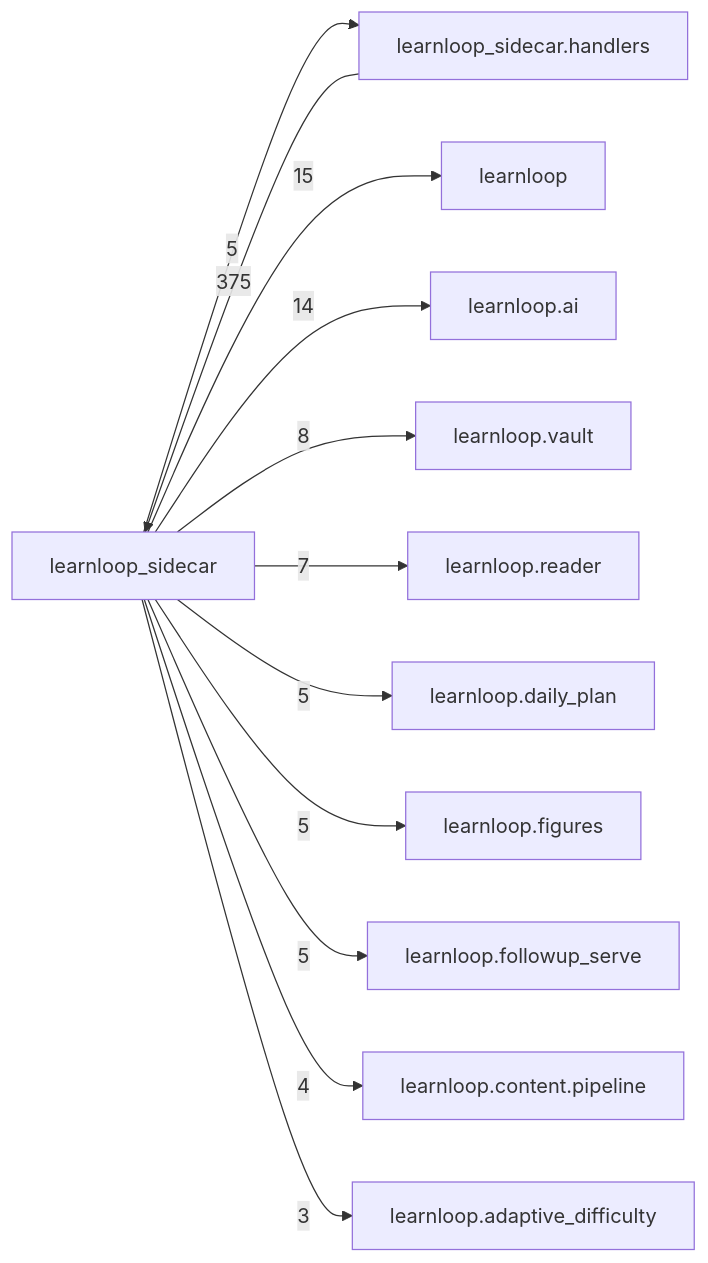
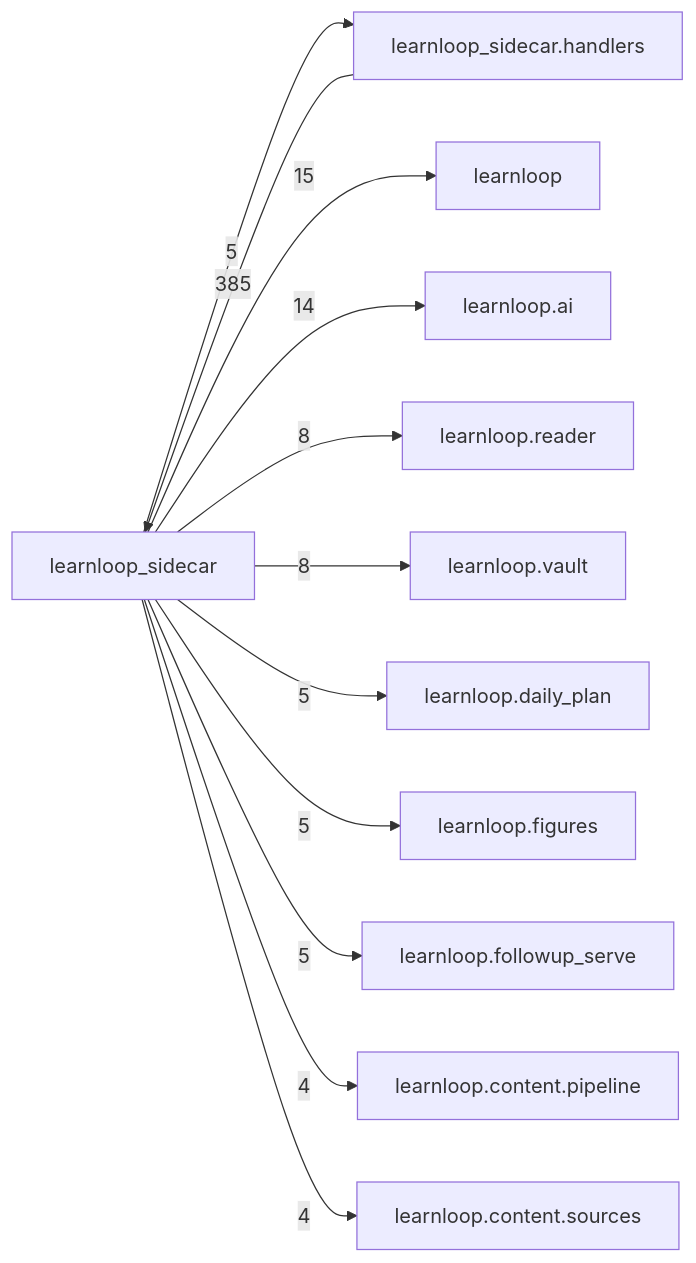
The diagram in docs/learnloop-architecture-vault/Reference/Modules/learnloop_sidecar/_package.md (6up-b/learnanything), drawn with Mermaid before and after one commit. The commit also changed other lines of this file and 147 other files, not shown here.

````diff
--- a/docs/learnloop-architecture-vault/Reference/Modules/learnloop_sidecar/_package.md
+++ b/docs/learnloop-architecture-vault/Reference/Modules/learnloop_sidecar/_package.md
@@ -133,25 +136,25 @@
 ```mermaid
 flowchart LR
     center["learnloop_sidecar"]
     n_learnloop_sidecar_handlers["learnloop_sidecar.handlers"]
     n_learnloop["learnloop"]
     n_learnloop_ai["learnloop.ai"]
+    n_learnloop_reader["learnloop.reader"]
     n_learnloop_vault["learnloop.vault"]
-    n_learnloop_reader["learnloop.reader"]
     n_learnloop_daily_plan["learnloop.daily_plan"]
     n_learnloop_figures["learnloop.figures"]
     n_learnloop_followup_serve["learnloop.followup_serve"]
     n_learnloop_content_pipeline["learnloop.content.pipeline"]
-    n_learnloop_adaptive_difficulty["learnloop.adaptive_difficulty"]
-    n_learnloop_sidecar_handlers -->|375| center
+    n_learnloop_content_sources["learnloop.content.sources"]
+    n_learnloop_sidecar_handlers -->|385| center
     center -->|5| n_learnloop_sidecar_handlers
     center -->|15| n_learnloop
     center -->|14| n_learnloop_ai
+    center -->|8| n_learnloop_reader
     center -->|8| n_learnloop_vault
-    center -->|7| n_learnloop_reader
     center -->|5| n_learnloop_daily_plan
     center -->|5| n_learnloop_figures
     center -->|5| n_learnloop_followup_serve
     center -->|4| n_learnloop_content_pipeline
-    center -->|3| n_learnloop_adaptive_difficulty
+    center -->|4| n_learnloop_content_sources
 ```
````
